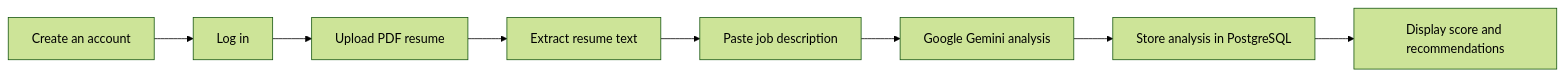
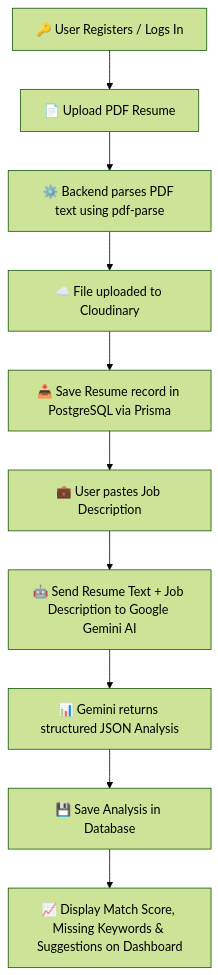
One commit to AnshPatel47/ai-resume-analyzer changed the diagram in README.md. Above: the diagram before and after it, drawn with Mermaid (forest theme). The commit also changed other lines of this file, not shown here.

````diff
--- a/README.md
+++ b/README.md
@@ -52,10 +45,12 @@
 ```mermaid
-flowchart LR
-	A[Create an account] --> B[Log in]
-	B --> C[Upload PDF resume]
-	C --> D[Extract resume text]
-	D --> E[Paste job description]
-	E --> F[Google Gemini analysis]
-	F --> G[Store analysis in PostgreSQL]
-	G --> H[Display score and recommendations]
+flowchart TD
+    A[🔑 User Registers / Logs In] --> B[📄 Upload PDF Resume]
+    B --> C[⚙️ Backend parses PDF text using pdf-parse]
+    C --> D[☁️ File uploaded to Cloudinary]
+    D --> E[📥 Save Resume record in PostgreSQL via Prisma]
+    E --> F[💼 User pastes Job Description]
+    F --> G[🤖 Send Resume Text + Job Description to Google Gemini AI]
+    G --> H[📊 Gemini returns structured JSON Analysis]
+    H --> I[💾 Save Analysis in Database]
+    I --> J[📈 Display Match Score, Missing Keywords & Suggestions on Dashboard]
 ```
````
